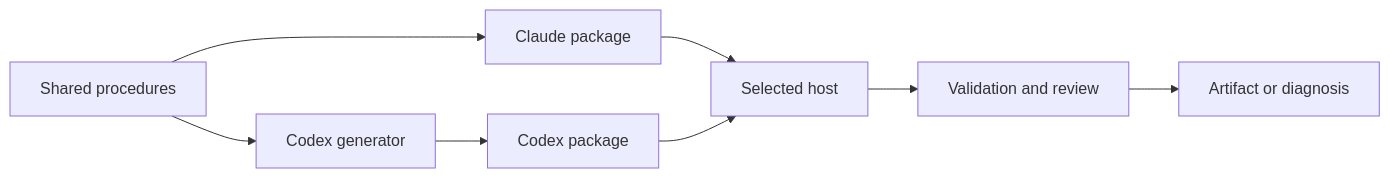
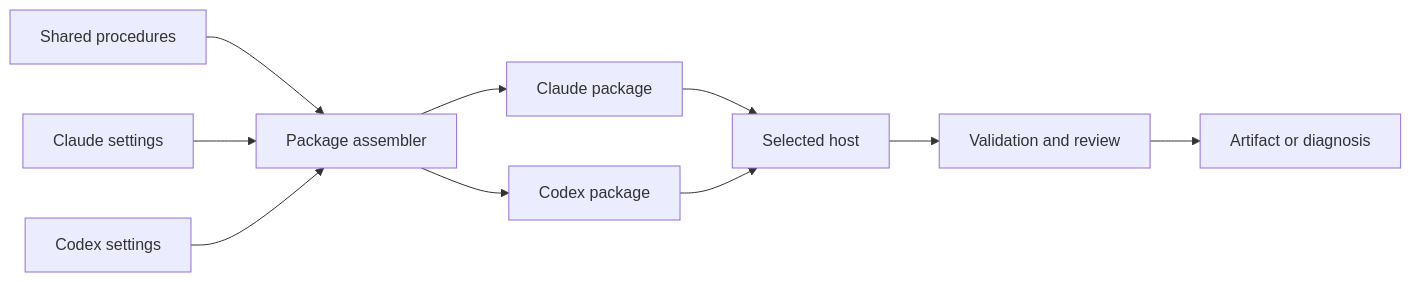
The diagram in docs/architecture.md (Atom-oh/oh-my-cloud-skills), drawn with Mermaid before and after one commit. The commit also changed other lines of this file and 9429 other files, not shown here.

Commit message:
feat: isolate Claude and Codex execution settings and packages

````diff
--- a/docs/architecture.md
+++ b/docs/architecture.md
@@ -35,6 +35,9 @@
 ```mermaid
 flowchart LR
-    Source[Shared procedures] --> Claude[Claude package] --> Host[Selected host]
-    Source --> Generator[Codex generator] --> Codex[Codex package] --> Host
+    Source[Shared procedures] --> Generator[Package assembler]
+    ClaudeSettings[Claude settings] --> Generator
+    CodexSettings[Codex settings] --> Generator
+    Generator --> Claude[Claude package] --> Host[Selected host]
+    Generator --> Codex[Codex package] --> Host
     Host --> Checks[Validation and review] --> Output[Artifact or diagnosis]
 ```
````
